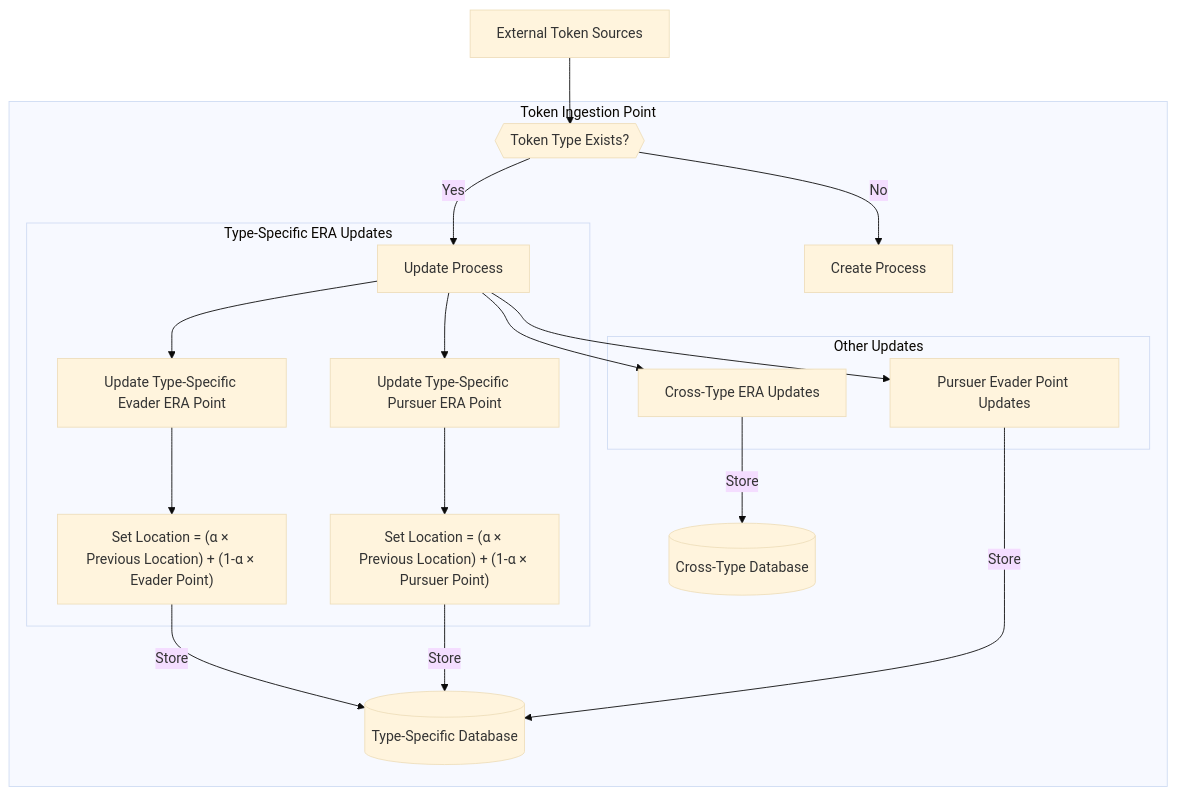
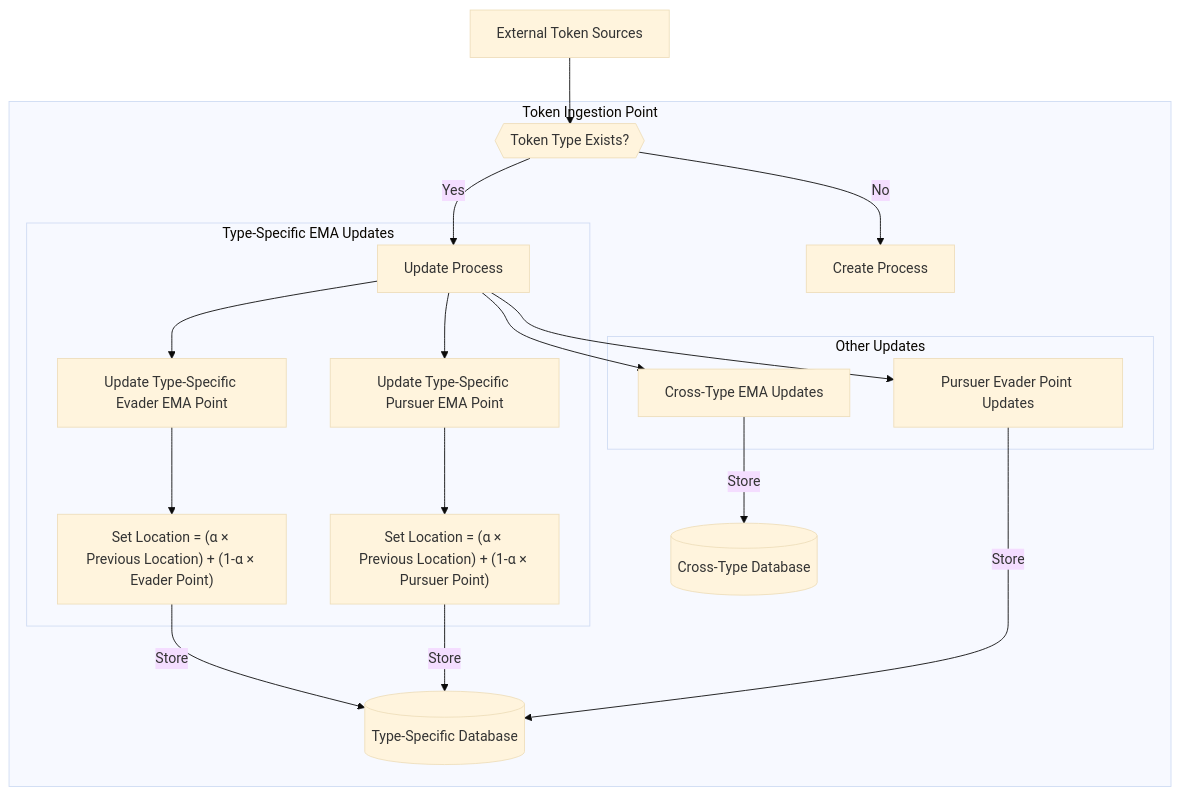
Before and after one commit to mattferrin/mattferrin: the fourth of 8 diagrams in README.md, drawn with Mermaid (base theme). The commit also changed other lines of this file, not shown here.

````diff
--- a/README.md
+++ b/README.md
@@ -141,42 +141,42 @@
 ```mermaid
 graph TD;
     ExternalSources["External Token Sources"]
     
     subgraph "Token Ingestion Point"
         TokenCheck{{"Token Type Exists?"}}
         UpdateProcess["Update Process"]
         
         CreateProcess["Create Process"]
         TokenCheck -->|Yes| UpdateProcess
         TokenCheck -->|No| CreateProcess
 
-        subgraph "Type-Specific ERA Updates"
-            UpdateTypeEvaderERA["Update Type-Specific Evader ERA Point"]
+        subgraph "Type-Specific EMA Updates"
+            UpdateTypeEvaderEMA["Update Type-Specific Evader EMA Point"]
             SetTypeEvaderLocation["Set Location = (α × Previous Location) + (1-α × Evader Point)"]
-            UpdateTypePursuerERA["Update Type-Specific Pursuer ERA Point"]
+            UpdateTypePursuerEMA["Update Type-Specific Pursuer EMA Point"]
             SetTypePursuerLocation["Set Location = (α × Previous Location) + (1-α × Pursuer Point)"]
 
-            UpdateProcess --> UpdateTypeEvaderERA & UpdateTypePursuerERA
+            UpdateProcess --> UpdateTypeEvaderEMA & UpdateTypePursuerEMA
             
-            UpdateTypeEvaderERA --> SetTypeEvaderLocation
-            UpdateTypePursuerERA --> SetTypePursuerLocation
+            UpdateTypeEvaderEMA --> SetTypeEvaderLocation
+            UpdateTypePursuerEMA --> SetTypePursuerLocation
         end
 
         subgraph "Other Updates"
-            CrossTypeERA["Cross-Type ERA Updates"]
+            CrossTypeERA["Cross-Type EMA Updates"]
             PursuerEvader["Pursuer Evader Point Updates"]
             UpdateProcess --> CrossTypeERA
             UpdateProcess --> PursuerEvader
         end
 
         CrossTypeDB[(Cross-Type Database)]
         TypeSpecificDB[(Type-Specific Database)]
         
         CrossTypeERA -->|Store| CrossTypeDB
         SetTypeEvaderLocation -->|Store| TypeSpecificDB
         SetTypePursuerLocation -->|Store| TypeSpecificDB
         PursuerEvader -->|Store| TypeSpecificDB
     end
 
     ExternalSources --> TokenCheck
 ```
````
